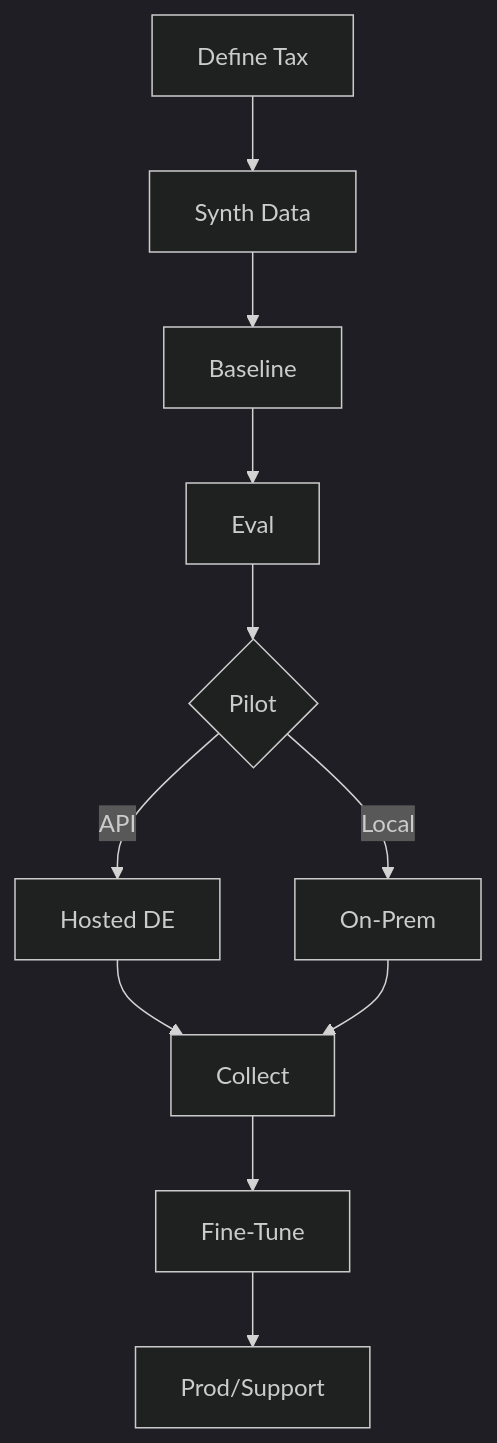
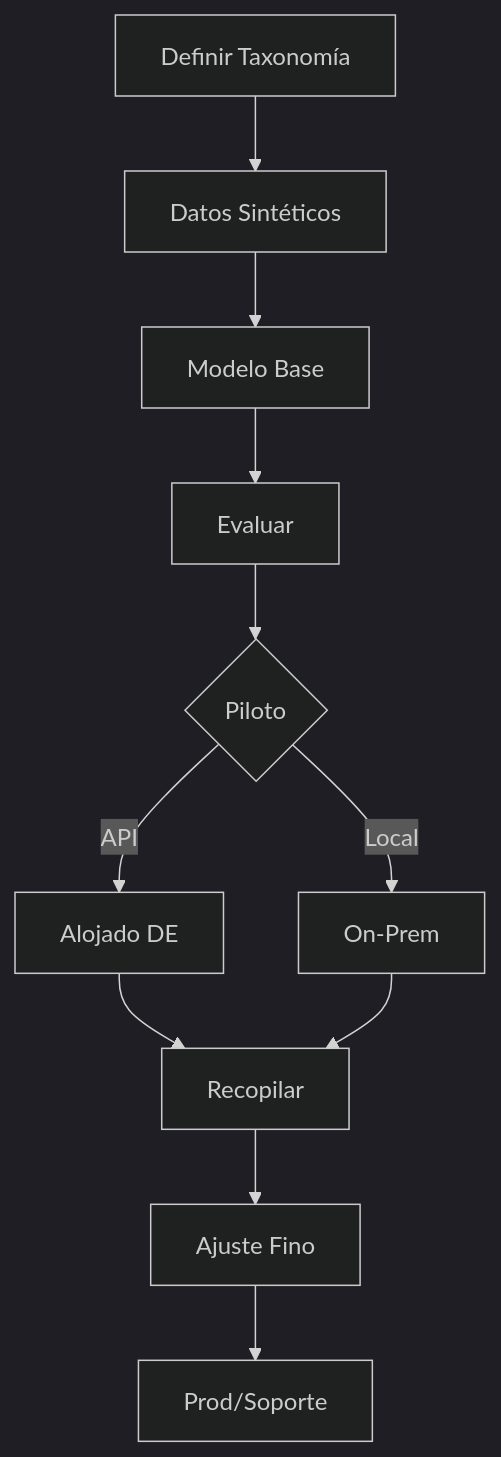
The fourth of 7 diagrams in docs/vitepress_docs/docs_src/es/guide/plan-ticket-automation-project.md (Softoft-Orga/open-ticket-ai), drawn with Mermaid before and after one commit. The commit also changed other lines of this file and 88 other files, not shown here.

````diff
--- a/docs/vitepress_docs/docs_src/es/guide/plan-ticket-automation-project.md
+++ b/docs/vitepress_docs/docs_src/es/guide/plan-ticket-automation-project.md
@@ -125,17 +128,17 @@
 ```mermaid
 ---
 config:
   theme: 'dark'
 ---
 flowchart TD
-  A[Define Tax] --> B[Synth Data]
-  B --> C[Baseline]
-  C --> D[Eval]
-  D --> E{Pilot}
-  E -- API --> H[Hosted DE]
+  A[Definir Taxonomía] --> B[Datos Sintéticos]
+  B --> C[Modelo Base]
+  C --> D[Evaluar]
+  D --> E{Piloto}
+  E -- API --> H[Alojado DE]
   E -- Local --> I[On-Prem]
-  H --> J[Collect]
+  H --> J[Recopilar]
   I --> J
-  J --> K[Fine-Tune]
-  K --> L[Prod/Support]
+  J --> K[Ajuste Fino]
+  K --> L[Prod/Soporte]
 ```
````
